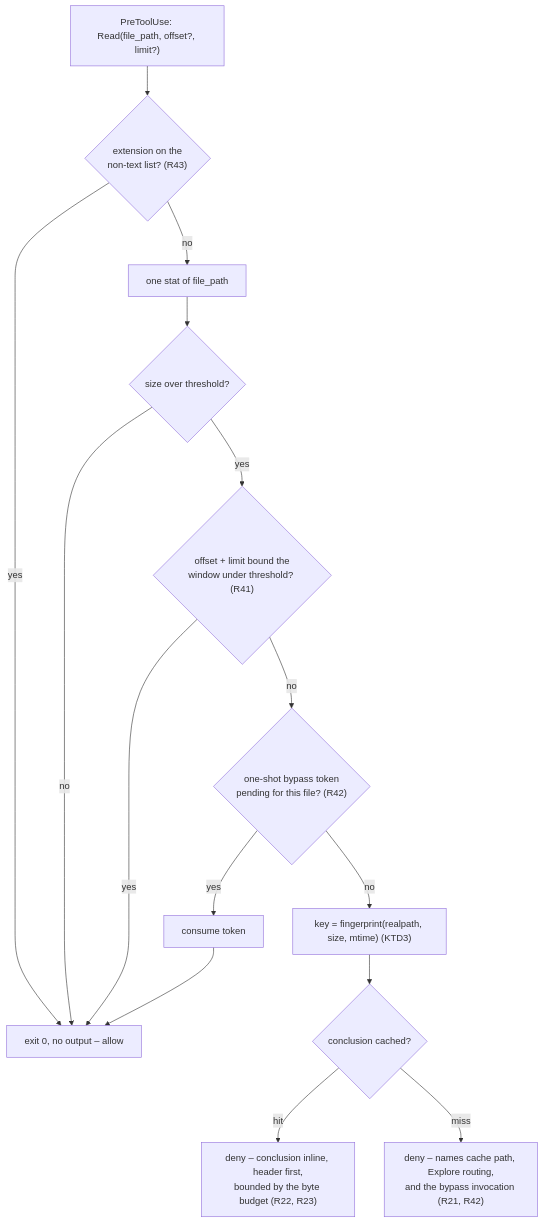
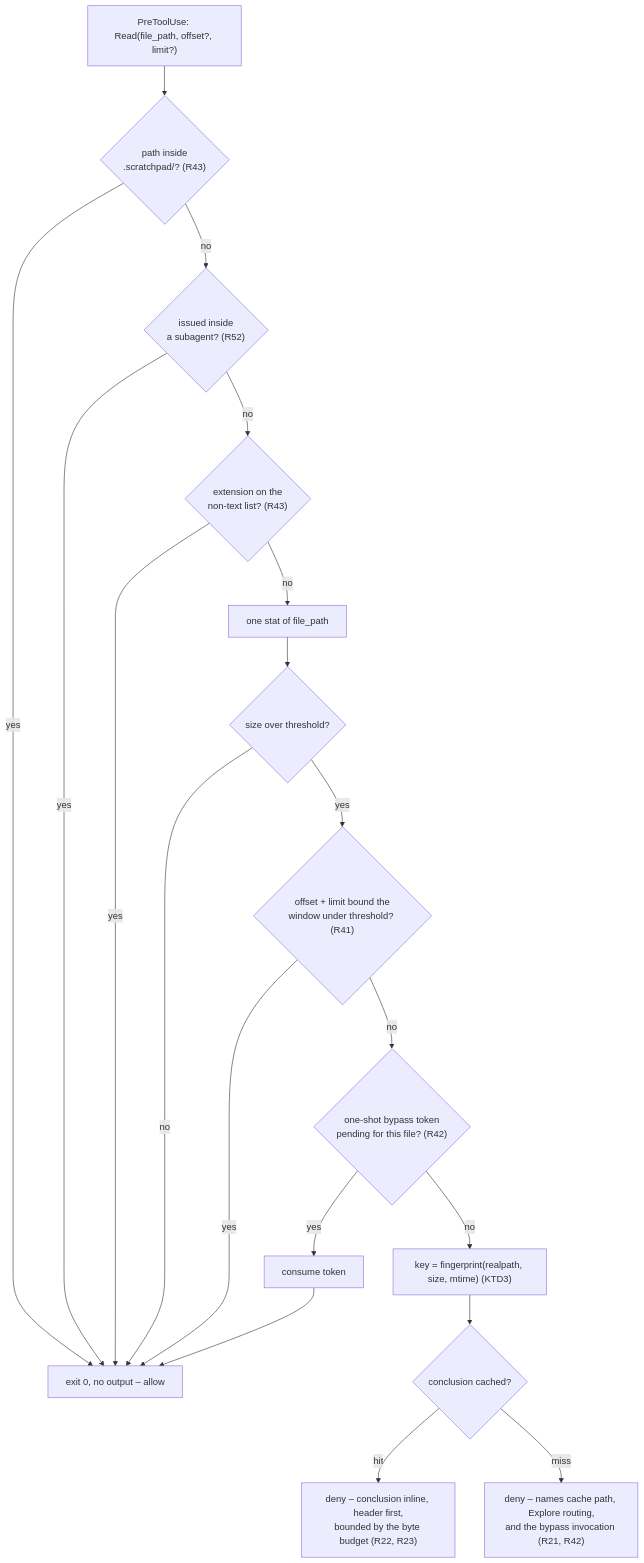
Before and after one commit to ViktorStiskala/superset-magic: the second of 4 diagrams in docs/plans/2026-08-29-001-feat-ss-magic-claude-plugin-plan.md, drawn with Mermaid. The commit also changed other lines of this file and 3 other files, not shown here.

````diff
--- a/docs/plans/2026-08-29-001-feat-ss-magic-claude-plugin-plan.md
+++ b/docs/plans/2026-08-29-001-feat-ss-magic-claude-plugin-plan.md
@@ -312,14 +312,18 @@
 ```mermaid
 flowchart TB
-  R["PreToolUse: Read(file_path, offset?, limit?)"] --> X{"extension on the<br/>non-text list? (R43)"}
+  R["PreToolUse: Read(file_path, offset?, limit?)"] --> SP{"path inside<br/>.scratchpad/? (R43)"}
+  SP -- yes --> OK
+  SP -- no --> SA{"issued inside<br/>a subagent? (R52)"}
+  SA -- yes --> OK
+  SA -- no --> X{"extension on the<br/>non-text list? (R43)"}
   X -- yes --> OK["exit 0, no output – allow"]
   X -- no --> ST["one stat of file_path"] --> T{"size over threshold?"}
   T -- no --> OK
   T -- yes --> W{"offset + limit bound the<br/>window under threshold? (R41)"}
   W -- yes --> OK
   W -- no --> B{"one-shot bypass token<br/>pending for this file? (R42)"}
   B -- yes --> CONSUME["consume token"] --> OK
   B -- no --> K["key = fingerprint(realpath, size, mtime) (KTD3)"] --> C{"conclusion cached?"}
   C -- hit --> HIT["deny – conclusion inline, header first,<br/>bounded by the byte budget (R22, R23)"]
   C -- miss --> MISS["deny – names cache path, Explore routing,<br/>and the bypass invocation (R21, R42)"]
 ```
````
